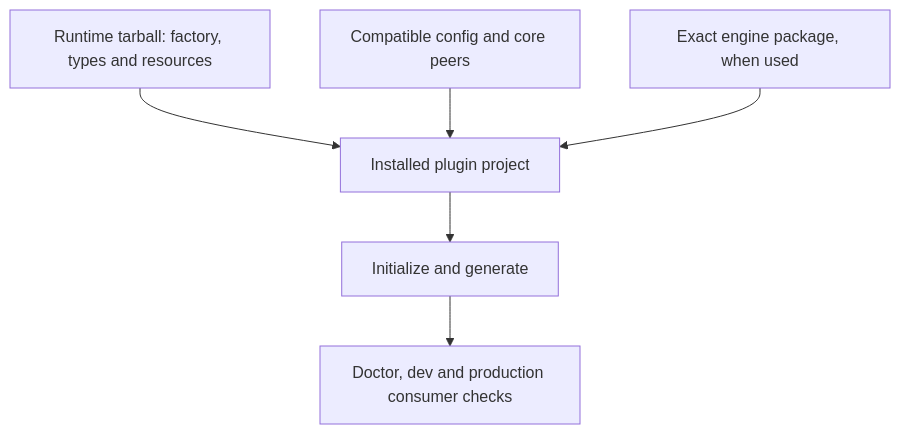
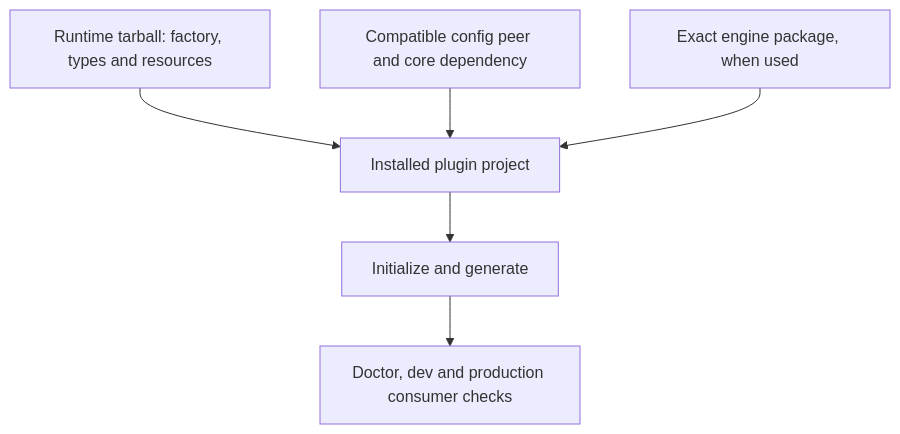
Before and after one commit to soundor/soundor: the diagram in apps/website/content/docs/contribute/build-runtime/publishing.md, drawn with Mermaid. The commit also changed other lines of this file and 40 other files, not shown here.

````diff
--- a/apps/website/content/docs/contribute/build-runtime/publishing.md
+++ b/apps/website/content/docs/contribute/build-runtime/publishing.md
@@ -22,8 +22,8 @@
 ```mermaid
 flowchart TD
     package["Runtime tarball: factory, types and resources"] --> project["Installed plugin project"]
-    peers["Compatible config and core peers"] --> project
+    peers["Compatible config peer and core dependency"] --> project
     engine["Exact engine package, when used"] --> project
     project --> init["Initialize and generate"]
     init --> verify["Doctor, dev and production consumer checks"]
 ```
````
